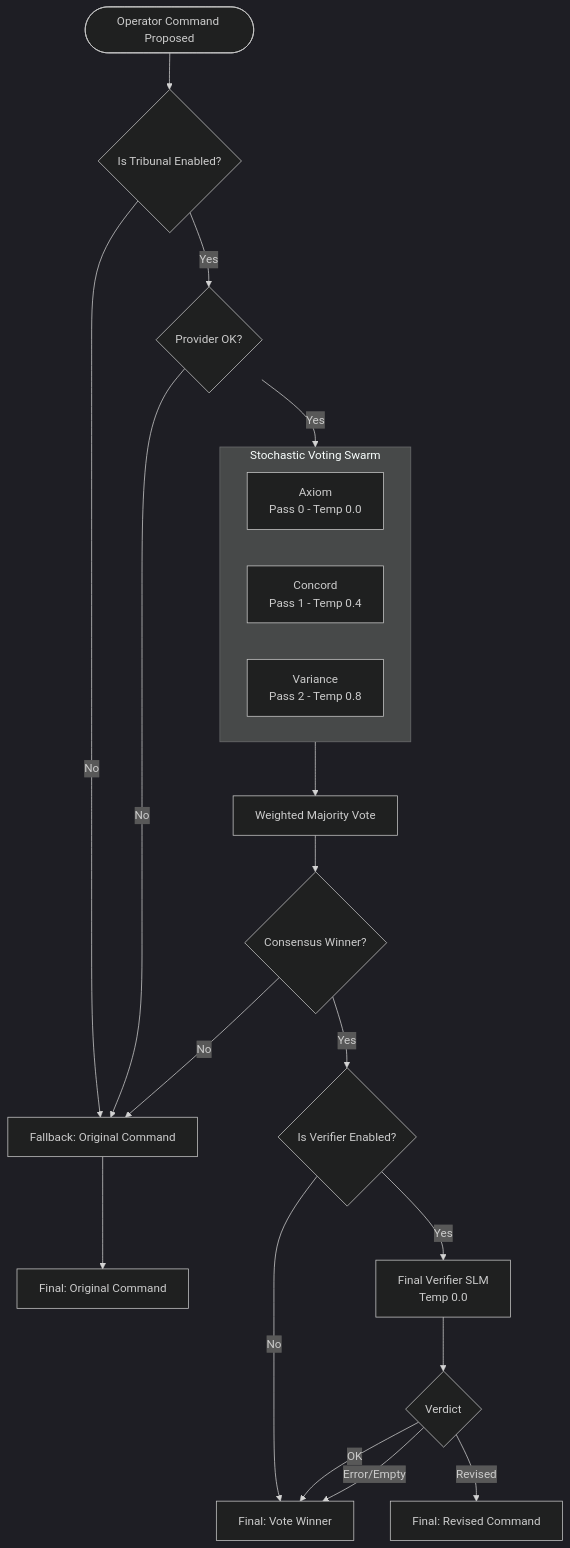
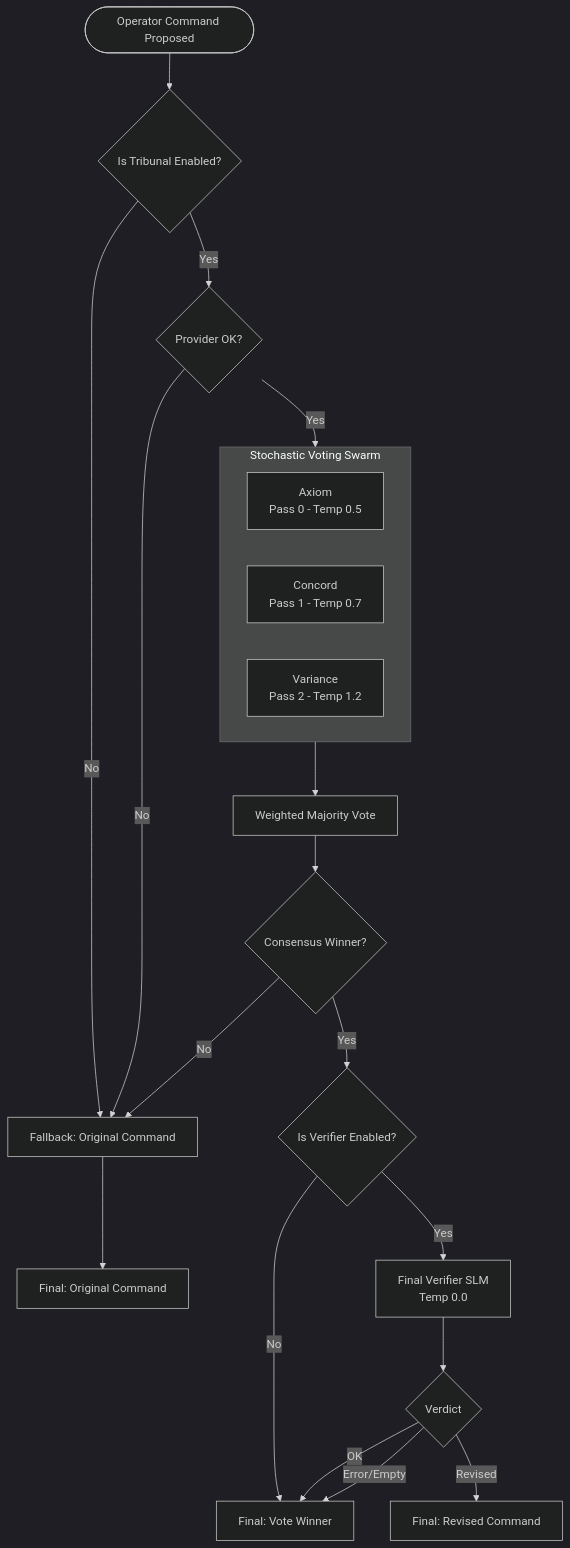
Before and after one commit to g8e-ai/g8e: the fourth of 4 diagrams in docs/architecture/ai_control_plane.md, drawn with Mermaid (dark theme). The commit also changed other lines of this file and 3 other files, not shown here.

````diff
--- a/docs/architecture/ai_control_plane.md
+++ b/docs/architecture/ai_control_plane.md
@@ -644,33 +644,33 @@
 ```mermaid
 flowchart TD
     In([Operator Command Proposed]) --> Enabled{Is Tribunal Enabled?}
     
     Enabled -- No --> Fallback[Fallback: Original Command]
     Enabled -- Yes --> Provider{Provider OK?}
     
     Provider -- No --> Fallback
     Provider -- Yes --> Gen[Parallel Generation Phase]
     
     subgraph Gen [Stochastic Voting Swarm]
         direction LR
-        P1[Axiom<br/>Pass 0 - Temp 0.0]
-        P2[Concord<br/>Pass 1 - Temp 0.4]
-        P3[Variance<br/>Pass 2 - Temp 0.8]
+        P1[Axiom<br/>Pass 0 - Temp 0.5]
+        P2[Concord<br/>Pass 1 - Temp 0.7]
+        P3[Variance<br/>Pass 2 - Temp 1.2]
     end
     
     Gen --> Vote[Weighted Majority Vote]
     Vote --> Winner{Consensus Winner?}
     
     Winner -- No --> Fallback
     Winner -- Yes --> VerifierEnabled{Is Verifier Enabled?}
     
     VerifierEnabled -- No --> OutVote[Final: Vote Winner]
     VerifierEnabled -- Yes --> Verify[Final Verifier SLM<br/>Temp 0.0]
     
     Verify --> Review{Verdict}
     Review -- OK --> OutVote
     Review -- Error/Empty --> OutVote
     Review -- Revised --> OutRev[Final: Revised Command]
     
     Fallback --> OutFall[Final: Original Command]
 ```
````
